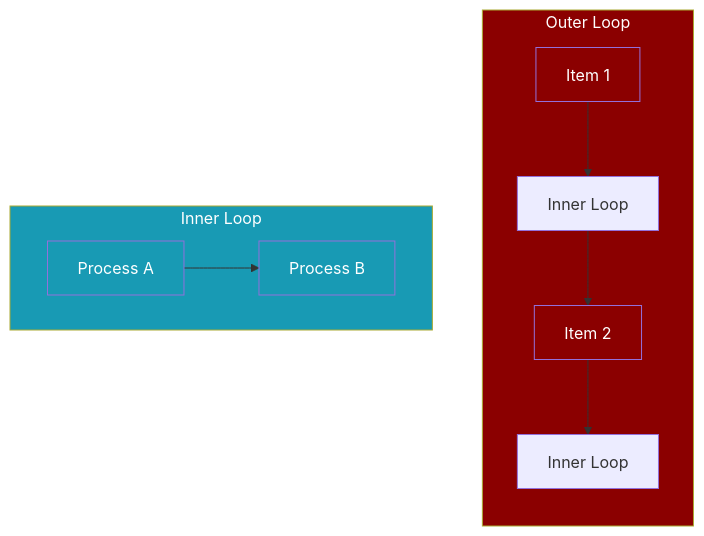
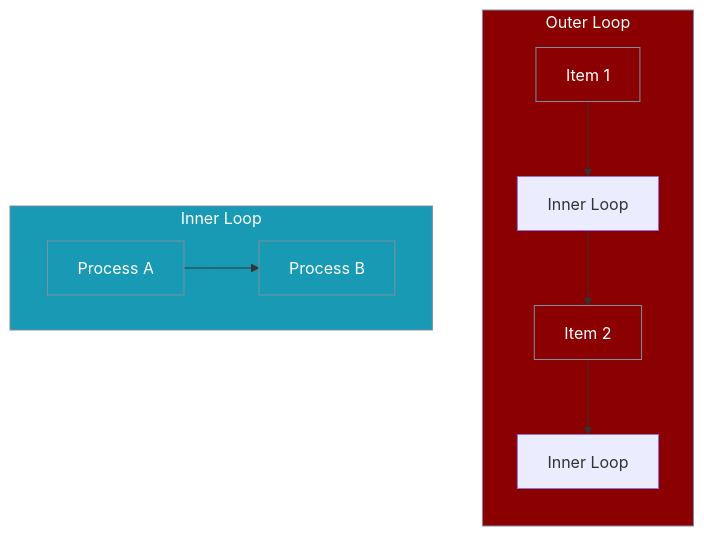
The first of 2 diagrams in docs/features/nested-workflows.mdx (MervinPraison/PraisonAIDocs), drawn with Mermaid before and after one commit. The commit also changed other lines of this file and 19 other files, not shown here.

First line of the commit message:
docs: fix remaining style→classDef in secondary diagrams (PR #1384 follow-up)

````diff
--- a/docs/features/nested-workflows.mdx
+++ b/docs/features/nested-workflows.mdx
@@ -10,20 +20,18 @@
 ```mermaid
 flowchart TD
     subgraph Outer["Outer Loop"]
         direction TB
         A[Item 1] --> B[Inner Loop]
         B --> C[Item 2]
         C --> D[Inner Loop]
     end
     
     subgraph Inner["Inner Loop"]
         E[Process A] --> F[Process B]
     end
     
-    style Outer fill:#8B0000,color:#fff
-    style Inner fill:#189AB4,color:#fff
-    style A fill:#8B0000,color:#fff
-    style C fill:#8B0000,color:#fff
-    style E fill:#189AB4,color:#fff
-    style F fill:#189AB4,color:#fff
+    classDef agent fill:#8B0000,stroke:#7C90A0,color:#fff
+    classDef tool fill:#189AB4,stroke:#7C90A0,color:#fff
+    class Outer,A,C agent
+    class Inner,E,F tool
 ```
````
